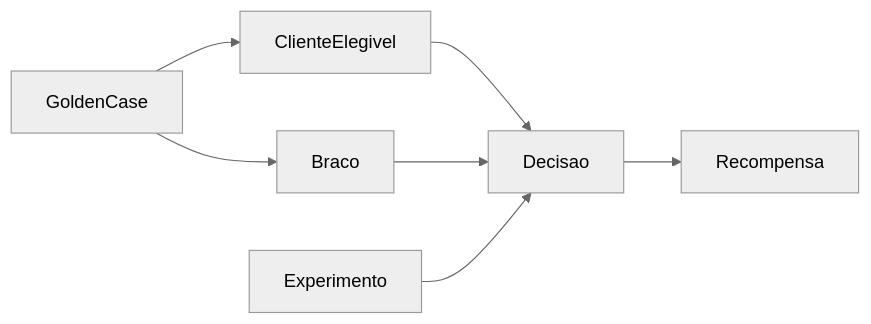
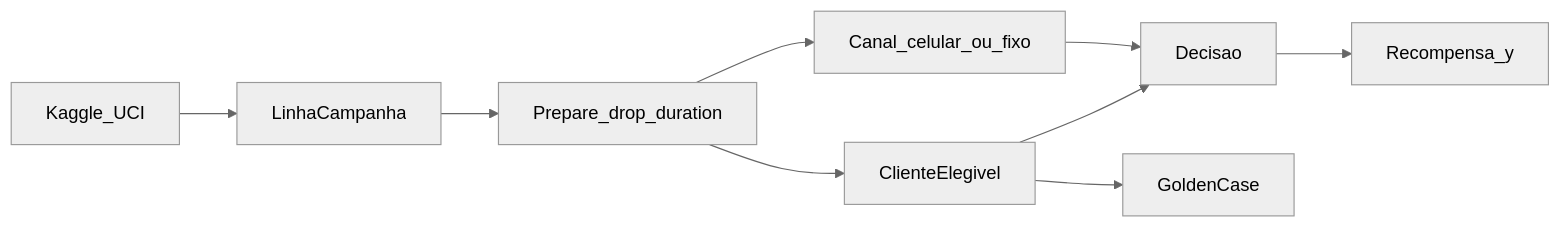
Before and after one commit to edu1006/datathon-7mlet: the sixth of 8 diagrams in README.md, drawn with Mermaid (neutral theme). The commit also changed other lines of this file and 22 other files, not shown here.

````diff
--- a/README.md
+++ b/README.md
@@ -200,15 +244,17 @@
 ```mermaid
 flowchart LR
+  fonte[Kaggle_UCI]
+  raw[LinhaCampanha]
+  prep[Prepare_drop_duration]
   cliente[ClienteElegivel]
-  braco[Braco]
+  braco[Canal_celular_ou_fixo]
   decisao[Decisao]
-  recompensa[Recompensa]
-  expRun[Experimento]
+  y[Recompensa_y]
   golden[GoldenCase]
+  fonte --> raw --> prep --> cliente
+  prep --> braco
   cliente --> decisao
   braco --> decisao
-  decisao --> recompensa
-  expRun --> decisao
-  golden --> cliente
-  golden --> braco
+  decisao --> y
+  cliente --> golden
 ```
````
